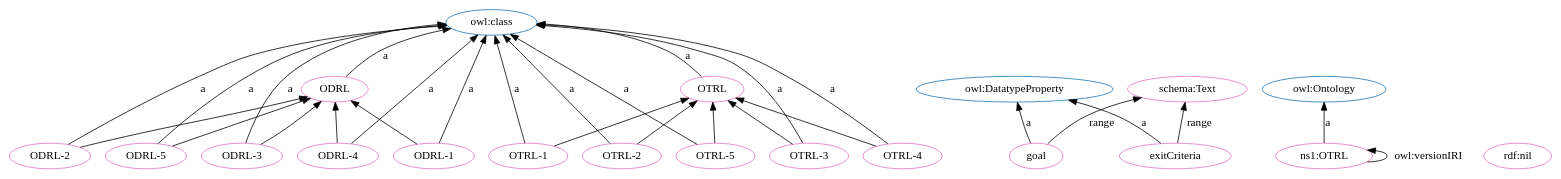
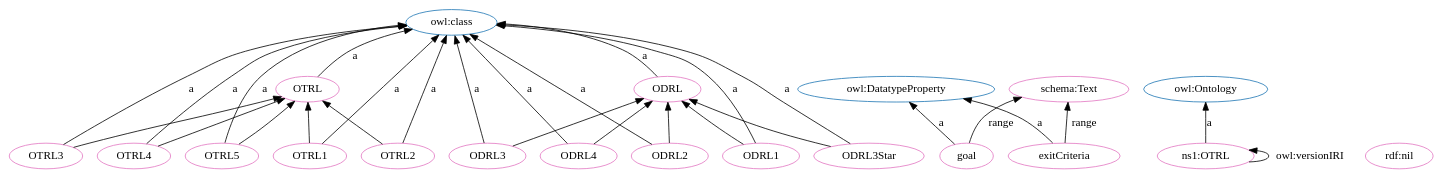
The diagram in OTRL.dot (OPEN-NEXT/OKH-LOSH), drawn with Graphviz before and after one commit. The commit also changed 17 other files, not shown here.

```diff
--- a/OTRL.dot
+++ b/OTRL.dot
@@ -1,54 +1,54 @@
 digraph G {
   rankdir=BT
   node[height=.3]
-"http://purl.org/oseg/ontologies/OTRL#ODRL" [fillcolor="#1f77b4" color="#1f77b4" label="ODRL"]
+"http://www.w3.org/2002/07/owl#class" [fillcolor="#1f77b4" color="#1f77b4" label="owl:class"]
 "http://purl.org/oseg/ontologies/OTRL#OTRL" [fillcolor="#1f77b4" color="#1f77b4" label="OTRL"]
 "http://www.w3.org/2002/07/owl#DatatypeProperty" [fillcolor="#1f77b4" color="#1f77b4" label="owl:DatatypeProperty"]
-"http://www.w3.org/2002/07/owl#class" [fillcolor="#1f77b4" color="#1f77b4" label="owl:class"]
+"http://purl.org/oseg/ontologies/OTRL#ODRL" [fillcolor="#1f77b4" color="#1f77b4" label="ODRL"]
 "http://www.w3.org/2002/07/owl#Ontology" [fillcolor="#1f77b4" color="#1f77b4" label="owl:Ontology"]
-"http://purl.org/oseg/ontologies/OTRL#OTRL-2" [fillcolor="#e377c2" color="#e377c2" label="OTRL-2"]
-"http://purl.org/oseg/ontologies/OTRL#ODRL-5" [fillcolor="#e377c2" color="#e377c2" label="ODRL-5"]
-"http://purl.org/oseg/ontologies/OTRL#OTRL-1" [fillcolor="#e377c2" color="#e377c2" label="OTRL-1"]
+"http://purl.org/oseg/ontologies/OTRL#OTRL" [fillcolor="#e377c2" color="#e377c2" label="OTRL"]
+"http://purl.org/oseg/ontologies/OTRL#ODRL" [fillcolor="#e377c2" color="#e377c2" label="ODRL"]
+"http://purl.org/oseg/ontologies/OTRL#OTRL4" [fillcolor="#e377c2" color="#e377c2" label="OTRL4"]
+"http://www.w3.org/1999/02/22-rdf-syntax-ns#nil" [fillcolor="#e377c2" color="#e377c2" label="rdf:nil"]
+"http://purl.org/oseg/ontologies/OTRL#ODRL4" [fillcolor="#e377c2" color="#e377c2" label="ODRL4"]
 "http://purl.org/oseg/ontologies/OTRL" [fillcolor="#e377c2" color="#e377c2" label="ns1:OTRL"]
+"http://purl.org/oseg/ontologies/OTRL#ODRL3" [fillcolor="#e377c2" color="#e377c2" label="ODRL3"]
 "http://purl.org/oseg/ontologies/OTRL#goal" [fillcolor="#e377c2" color="#e377c2" label="goal"]
+"http://purl.org/oseg/ontologies/OTRL#OTRL3" [fillcolor="#e377c2" color="#e377c2" label="OTRL3"]
+"http://purl.org/oseg/ontologies/OTRL#ODRL2" [fillcolor="#e377c2" color="#e377c2" label="ODRL2"]
+"http://purl.org/oseg/ontologies/OTRL#ODRL3Star" [fillcolor="#e377c2" color="#e377c2" label="ODRL3Star"]
+"http://purl.org/oseg/ontologies/OTRL#exitCriteria" [fillcolor="#e377c2" color="#e377c2" label="exitCriteria"]
+"http://purl.org/oseg/ontologies/OTRL#OTRL5" [fillcolor="#e377c2" color="#e377c2" label="OTRL5"]
 "http://schema.org/Text" [fillcolor="#e377c2" color="#e377c2" label="schema:Text"]
-"http://purl.org/oseg/ontologies/OTRL#ODRL-2" [fillcolor="#e377c2" color="#e377c2" label="ODRL-2"]
-"http://purl.org/oseg/ontologies/OTRL#ODRL-3" [fillcolor="#e377c2" color="#e377c2" label="ODRL-3"]
-"http://purl.org/oseg/ontologies/OTRL#ODRL" [fillcolor="#e377c2" color="#e377c2" label="ODRL"]
-"http://purl.org/oseg/ontologies/OTRL#ODRL-1" [fillcolor="#e377c2" color="#e377c2" label="ODRL-1"]
-"http://www.w3.org/1999/02/22-rdf-syntax-ns#nil" [fillcolor="#e377c2" color="#e377c2" label="rdf:nil"]
-"http://purl.org/oseg/ontologies/OTRL#OTRL" [fillcolor="#e377c2" color="#e377c2" label="OTRL"]
-"http://purl.org/oseg/ontologies/OTRL#exitCriteria" [fillcolor="#e377c2" color="#e377c2" label="exitCriteria"]
-"http://purl.org/oseg/ontologies/OTRL#OTRL-5" [fillcolor="#e377c2" color="#e377c2" label="OTRL-5"]
-"http://purl.org/oseg/ontologies/OTRL#OTRL-4" [fillcolor="#e377c2" color="#e377c2" label="OTRL-4"]
-"http://purl.org/oseg/ontologies/OTRL#ODRL-4" [fillcolor="#e377c2" color="#e377c2" label="ODRL-4"]
-"http://purl.org/oseg/ontologies/OTRL#OTRL-3" [fillcolor="#e377c2" color="#e377c2" label="OTRL-3"]
-  "http://purl.org/oseg/ontologies/OTRL#OTRL-1" -> "http://www.w3.org/2002/07/owl#class" [label="a"]
+"http://purl.org/oseg/ontologies/OTRL#OTRL2" [fillcolor="#e377c2" color="#e377c2" label="OTRL2"]
+"http://purl.org/oseg/ontologies/OTRL#ODRL1" [fillcolor="#e377c2" color="#e377c2" label="ODRL1"]
+"http://purl.org/oseg/ontologies/OTRL#OTRL1" [fillcolor="#e377c2" color="#e377c2" label="OTRL1"]
+  "http://purl.org/oseg/ontologies/OTRL#OTRL3" -> "http://purl.org/oseg/ontologies/OTRL#OTRL" [label=""]
+  "http://purl.org/oseg/ontologies/OTRL#OTRL4" -> "http://purl.org/oseg/ontologies/OTRL#OTRL" [label=""]
+  "http://purl.org/oseg/ontologies/OTRL#OTRL4" -> "http://www.w3.org/2002/07/owl#class" [label="a"]
   "http://purl.org/oseg/ontologies/OTRL" -> "http://www.w3.org/2002/07/owl#Ontology" [label="a"]
+  "http://purl.org/oseg/ontologies/OTRL#ODRL3" -> "http://www.w3.org/2002/07/owl#class" [label="a"]
+  "http://purl.org/oseg/ontologies/OTRL#ODRL4" -> "http://purl.org/oseg/ontologies/OTRL#ODRL" [label=""]
+  "http://purl.org/oseg/ontologies/OTRL#ODRL3Star" -> "http://www.w3.org/2002/07/owl#class" [label="a"]
+  "http://purl.org/oseg/ontologies/OTRL#OTRL" -> "http://www.w3.org/2002/07/owl#class" [label="a"]
+  "http://purl.org/oseg/ontologies/OTRL#ODRL2" -> "http://purl.org/oseg/ontologies/OTRL#ODRL" [label=""]
+  "http://purl.org/oseg/ontologies/OTRL#OTRL5" -> "http://purl.org/oseg/ontologies/OTRL#OTRL" [label=""]
+  "http://purl.org/oseg/ontologies/OTRL#ODRL" -> "http://www.w3.org/2002/07/owl#class" [label="a"]
+  "http://purl.org/oseg/ontologies/OTRL#OTRL2" -> "http://www.w3.org/2002/07/owl#class" [label="a"]
+  "http://purl.org/oseg/ontologies/OTRL#OTRL1" -> "http://www.w3.org/2002/07/owl#class" [label="a"]
+  "http://purl.org/oseg/ontologies/OTRL#goal" -> "http://schema.org/Text" [label="range"]
+  "http://purl.org/oseg/ontologies/OTRL#ODRL3" -> "http://purl.org/oseg/ontologies/OTRL#ODRL" [label=""]
+  "http://purl.org/oseg/ontologies/OTRL#ODRL4" -> "http://www.w3.org/2002/07/owl#class" [label="a"]
+  "http://purl.org/oseg/ontologies/OTRL#ODRL1" -> "http://purl.org/oseg/ontologies/OTRL#ODRL" [label=""]
   "http://purl.org/oseg/ontologies/OTRL#goal" -> "http://www.w3.org/2002/07/owl#DatatypeProperty" [label="a"]
-  "http://purl.org/oseg/ontologies/OTRL#ODRL-3" -> "http://www.w3.org/2002/07/owl#class" [label="a"]
-  "http://purl.org/oseg/ontologies/OTRL#ODRL-2" -> "http://purl.org/oseg/ontologies/OTRL#ODRL" [label=""]
+  "http://purl.org/oseg/ontologies/OTRL#OTRL3" -> "http://www.w3.org/2002/07/owl#class" [label="a"]
+  "http://purl.org/oseg/ontologies/OTRL#ODRL2" -> "http://www.w3.org/2002/07/owl#class" [label="a"]
+  "http://purl.org/oseg/ontologies/OTRL#OTRL1" -> "http://purl.org/oseg/ontologies/OTRL#OTRL" [label=""]
   "http://purl.org/oseg/ontologies/OTRL#exitCriteria" -> "http://www.w3.org/2002/07/owl#DatatypeProperty" [label="a"]
-  "http://purl.org/oseg/ontologies/OTRL#OTRL-5" -> "http://www.w3.org/2002/07/owl#class" [label="a"]
-  "http://purl.org/oseg/ontologies/OTRL#ODRL" -> "http://www.w3.org/2002/07/owl#class" [label="a"]
-  "http://purl.org/oseg/ontologies/OTRL#ODRL-5" -> "http://purl.org/oseg/ontologies/OTRL#ODRL" [label=""]
-  "http://purl.org/oseg/ontologies/OTRL#OTRL-4" -> "http://www.w3.org/2002/07/owl#class" [label="a"]
-  "http://purl.org/oseg/ontologies/OTRL#OTRL-5" -> "http://purl.org/oseg/ontologies/OTRL#OTRL" [label=""]
-  "http://purl.org/oseg/ontologies/OTRL#OTRL-3" -> "http://purl.org/oseg/ontologies/OTRL#OTRL" [label=""]
-  "http://purl.org/oseg/ontologies/OTRL#OTRL-1" -> "http://purl.org/oseg/ontologies/OTRL#OTRL" [label=""]
-  "http://purl.org/oseg/ontologies/OTRL#ODRL-1" -> "http://purl.org/oseg/ontologies/OTRL#ODRL" [label=""]
-  "http://purl.org/oseg/ontologies/OTRL#ODRL-4" -> "http://purl.org/oseg/ontologies/OTRL#ODRL" [label=""]
-  "http://purl.org/oseg/ontologies/OTRL#ODRL-5" -> "http://www.w3.org/2002/07/owl#class" [label="a"]
-  "http://purl.org/oseg/ontologies/OTRL#OTRL-2" -> "http://www.w3.org/2002/07/owl#class" [label="a"]
-  "http://purl.org/oseg/ontologies/OTRL#goal" -> "http://schema.org/Text" [label="range"]
-  "http://purl.org/oseg/ontologies/OTRL#ODRL-2" -> "http://www.w3.org/2002/07/owl#class" [label="a"]
-  "http://purl.org/oseg/ontologies/OTRL#ODRL-1" -> "http://www.w3.org/2002/07/owl#class" [label="a"]
-  "http://purl.org/oseg/ontologies/OTRL#OTRL-2" -> "http://purl.org/oseg/ontologies/OTRL#OTRL" [label=""]
+  "http://purl.org/oseg/ontologies/OTRL" -> "http://purl.org/oseg/ontologies/OTRL" [label="owl:versionIRI"]
+  "http://purl.org/oseg/ontologies/OTRL#OTRL5" -> "http://www.w3.org/2002/07/owl#class" [label="a"]
+  "http://purl.org/oseg/ontologies/OTRL#ODRL3Star" -> "http://purl.org/oseg/ontologies/OTRL#ODRL" [label=""]
   "http://purl.org/oseg/ontologies/OTRL#exitCriteria" -> "http://schema.org/Text" [label="range"]
-  "http://purl.org/oseg/ontologies/OTRL#OTRL-4" -> "http://purl.org/oseg/ontologies/OTRL#OTRL" [label=""]
-  "http://purl.org/oseg/ontologies/OTRL" -> "http://purl.org/oseg/ontologies/OTRL" [label="owl:versionIRI"]
-  "http://purl.org/oseg/ontologies/OTRL#ODRL-3" -> "http://purl.org/oseg/ontologies/OTRL#ODRL" [label=""]
-  "http://purl.org/oseg/ontologies/OTRL#ODRL-4" -> "http://www.w3.org/2002/07/owl#class" [label="a"]
-  "http://purl.org/oseg/ontologies/OTRL#OTRL" -> "http://www.w3.org/2002/07/owl#class" [label="a"]
-  "http://purl.org/oseg/ontologies/OTRL#OTRL-3" -> "http://www.w3.org/2002/07/owl#class" [label="a"]
+  "http://purl.org/oseg/ontologies/OTRL#ODRL1" -> "http://www.w3.org/2002/07/owl#class" [label="a"]
+  "http://purl.org/oseg/ontologies/OTRL#OTRL2" -> "http://purl.org/oseg/ontologies/OTRL#OTRL" [label=""]
 }
```
